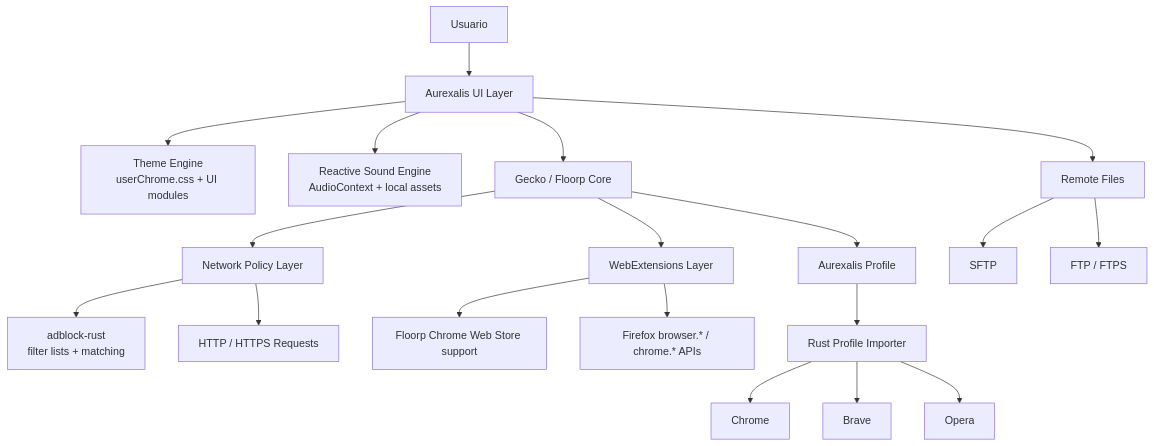
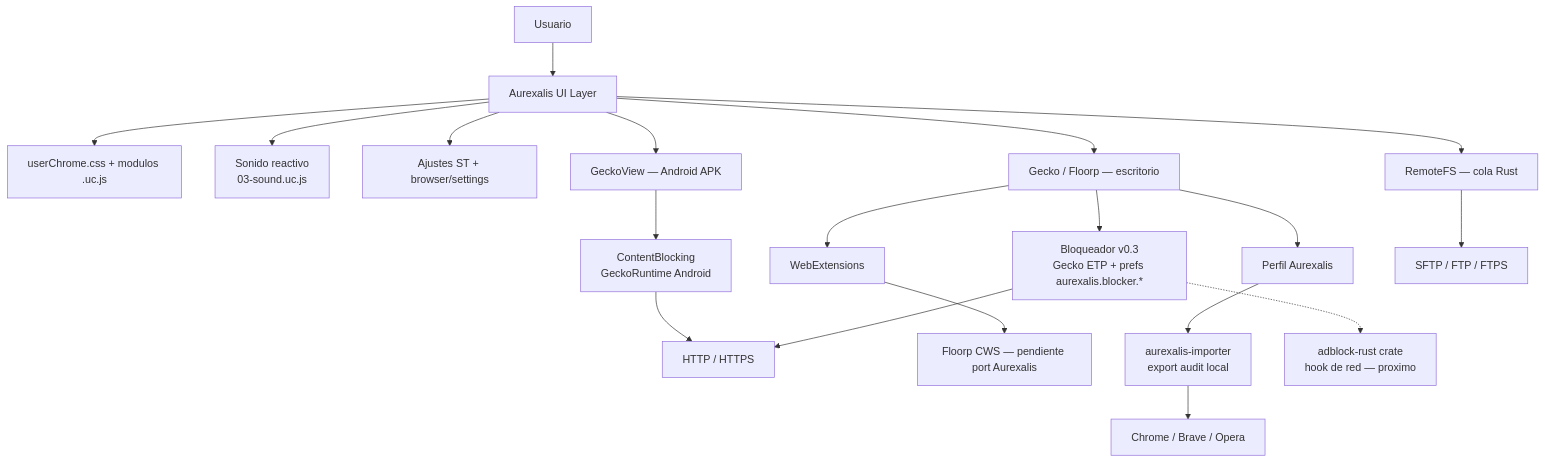
The first of 3 diagrams in README.md (JackStar6677-1/Aurexalis), drawn with Mermaid before and after one commit. The commit also changed other lines of this file and 2 other files, not shown here.

Commit message:
docs: actualiza roadmap, arquitectura y entregables v0.3.0 en README

````diff
--- a/README.md
+++ b/README.md
@@ -72,26 +74,28 @@
 ```mermaid
 flowchart TB
   User["Usuario"] --> UI["Aurexalis UI Layer"]
-  UI --> Theme["Theme Engine<br/>userChrome.css + UI modules"]
-  UI --> Sound["Reactive Sound Engine<br/>AudioContext + local assets"]
+  UI --> Theme["userChrome.css + modulos .uc.js"]
+  UI --> Sound["Sonido reactivo<br/>03-sound.uc.js"]
+  UI --> Settings["Ajustes ST + browser/settings"]
 
-  UI --> Gecko["Gecko / Floorp Core"]
+  UI --> Desktop["Gecko / Floorp — escritorio"]
+  UI --> Mobile["GeckoView — Android APK"]
 
-  Gecko --> Net["Network Policy Layer"]
-  Net --> Adblock["adblock-rust<br/>filter lists + matching"]
-  Net --> Web["HTTP / HTTPS Requests"]
+  Desktop --> BlockETP["Bloqueador v0.3<br/>Gecko ETP + prefs aurexalis.blocker.*"]
+  Mobile --> BlockCB["ContentBlocking<br/>GeckoRuntime Android"]
 
-  Gecko --> Ext["WebExtensions Layer"]
-  Ext --> FloorpCWS["Floorp Chrome Web Store support"]
-  Ext --> FirefoxAPI["Firefox browser.* / chrome.* APIs"]
+  BlockETP --> Web["HTTP / HTTPS"]
+  BlockCB --> Web
 
-  Gecko --> Profile["Aurexalis Profile"]
-  Profile --> Importer["Rust Profile Importer"]
-  Importer --> Chrome["Chrome"]
-  Importer --> Brave["Brave"]
-  Importer --> Opera["Opera"]
+  Desktop --> Ext["WebExtensions"]
+  Ext --> FloorpCWS["Floorp CWS — pendiente port Aurexalis"]
 
-  UI --> RemoteFiles["Remote Files"]
-  RemoteFiles --> SFTP["SFTP"]
-  RemoteFiles --> FTP["FTP / FTPS"]
+  Desktop --> Profile["Perfil Aurexalis"]
+  Profile --> Importer["aurexalis-importer<br/>export audit local"]
+  Importer --> Chrome["Chrome / Brave / Opera"]
+
+  UI --> RemoteFiles["RemoteFS — cola Rust"]
+  RemoteFiles --> SFTP["SFTP / FTP / FTPS"]
+
+  BlockETP -.-> BlockRust["adblock-rust crate<br/>hook de red — proximo"]
 ```
````
